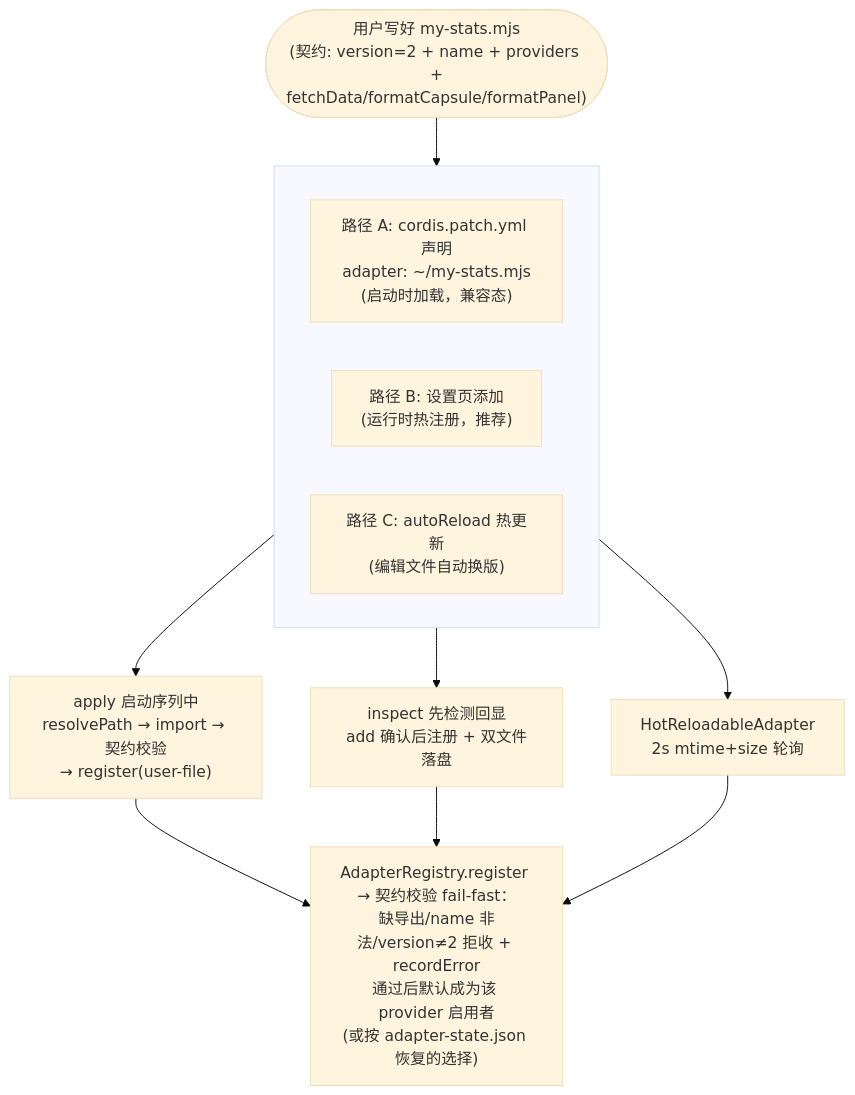
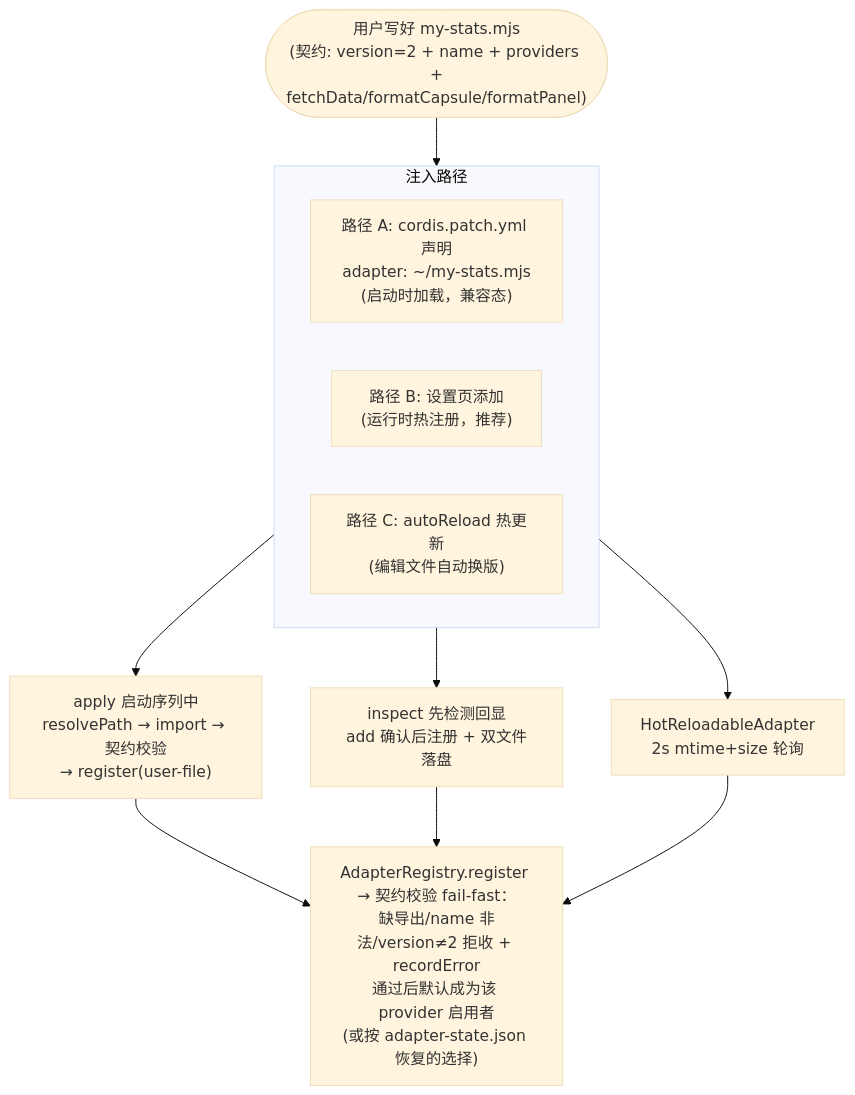
One commit to wingsky-1/dsh-plugin-hub changed the fifth of 10 diagrams in packages/dsh-provider-usage/docs/architecture.md. Above: the diagram before and after it, drawn with Mermaid (base theme). The commit also changed other lines of this file and 3 other files, not shown here.

````diff
--- a/packages/dsh-provider-usage/docs/architecture.md
+++ b/packages/dsh-provider-usage/docs/architecture.md
@@ -200,17 +200,17 @@
 ```mermaid
 flowchart TD
     U(["用户写好 my-stats.mjs<br/>(契约: version=2 + name + providers +<br/>fetchData/formatCapsule/formatPanel)"]) --> PATH
 
-    subgraph PATH [" "]
+    subgraph PATH ["注入路径"]
         direction LR
         P1["路径 A: cordis.patch.yml 声明<br/>adapter: ~/my-stats.mjs<br/>(启动时加载，兼容态)"]
         P2["路径 B: 设置页添加<br/>(运行时热注册，推荐)"]
         P3["路径 C: autoReload 热更新<br/>(编辑文件自动换版)"]
     end
 
     P1 --> L1["apply 启动序列中<br/>resolvePath → import → 契约校验<br/>→ register(user-file)"]
     P2 --> L2["inspect 先检测回显<br/>add 确认后注册 + 双文件落盘"]
     P3 --> L3["HotReloadableAdapter<br/>2s mtime+size 轮询"]
 
     L1 & L2 & L3 --> REG["AdapterRegistry.register → 契约校验 fail-fast：<br/>缺导出/name 非法/version≠2 拒收 + recordError<br/>通过后默认成为该 provider 启用者<br/>(或按 adapter-state.json 恢复的选择)"]
 ```
````
